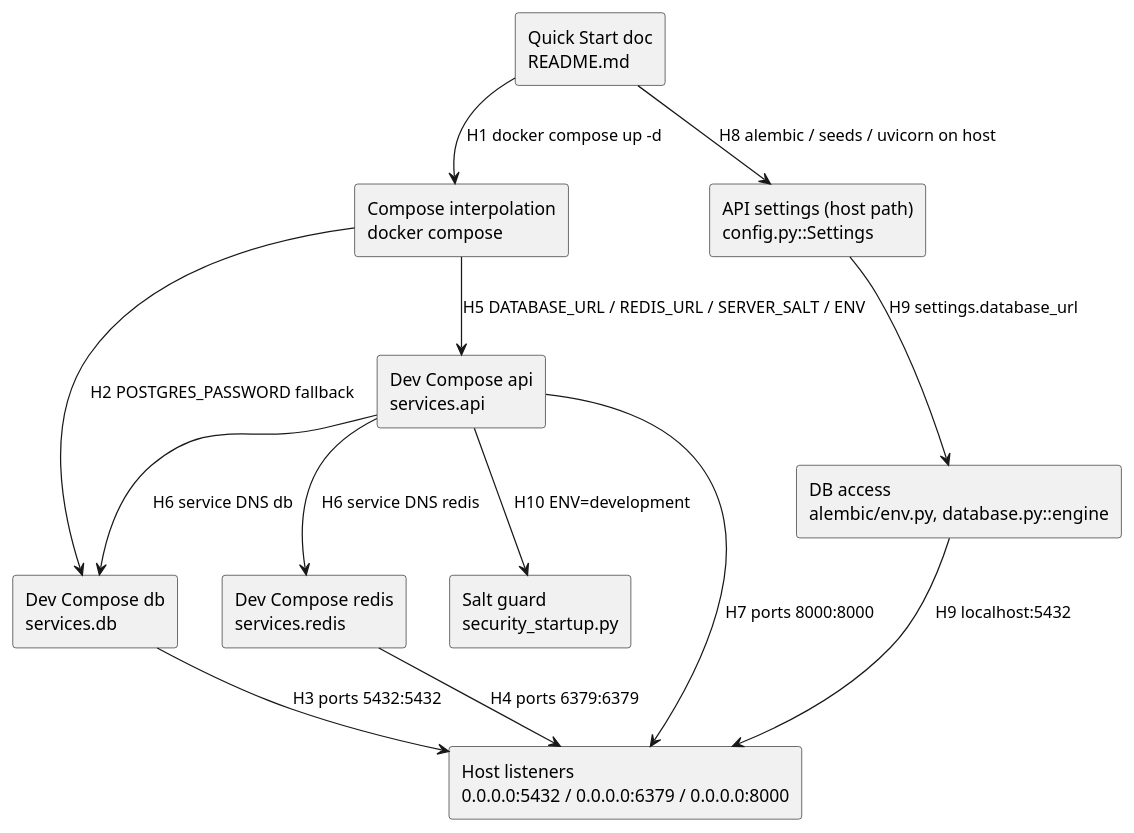
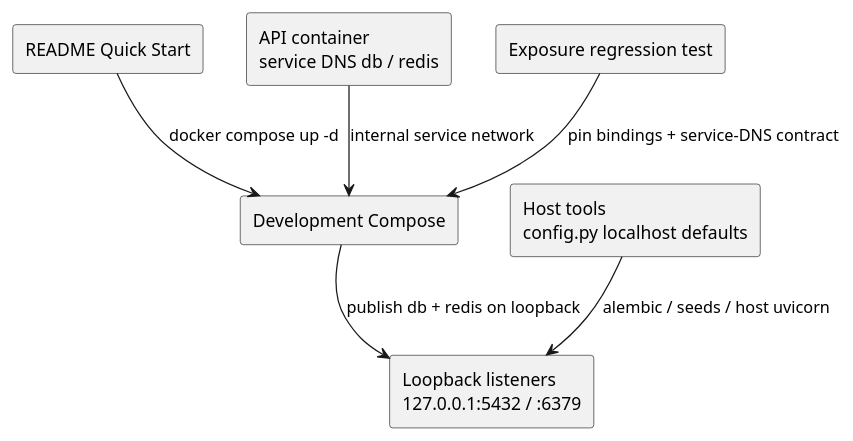
Before and after one commit to NeaBouli/pnyx: the fourth of 4 diagrams in docs/architecture/map.puml, drawn with PlantUML. The commit also changed other lines of this file and 16 other files, not shown here.

```diff
--- a/docs/architecture/map.puml
+++ b/docs/architecture/map.puml
@@ -26,26 +80,15 @@
 @startuml
-' Component diagram — arrows only for hops on the trace
 skinparam componentStyle rectangle
-component "Quick Start doc\nREADME.md" as README
-component "Compose interpolation\ndocker compose" as INTERP
-component "Dev Compose db\nservices.db" as DB
-component "Dev Compose redis\nservices.redis" as REDIS
-component "Dev Compose api\nservices.api" as API
-component "API settings (host path)\nconfig.py::Settings" as SETTINGS
-component "DB access\nalembic/env.py, database.py::engine" as DBACCESS
-component "Salt guard\nsecurity_startup.py" as GUARD
-component "Host listeners\n0.0.0.0:5432 / 0.0.0.0:6379 / 0.0.0.0:8000" as HOST
+component "README Quick Start" as ER
+component "Development Compose" as EC
+component "Loopback listeners\n127.0.0.1:5432 / :6379" as EL
+component "Host tools\nconfig.py localhost defaults" as EH
+component "API container\nservice DNS db / redis" as EA
+component "Exposure regression test" as ET
 
-README --> INTERP : H1 docker compose up -d
-INTERP --> DB : H2 POSTGRES_PASSWORD fallback
-INTERP --> API : H5 DATABASE_URL / REDIS_URL / SERVER_SALT / ENV
-DB --> HOST : H3 ports 5432:5432
-REDIS --> HOST : H4 ports 6379:6379
-API --> HOST : H7 ports 8000:8000
-API --> DB : H6 service DNS db
-API --> REDIS : H6 service DNS redis
-README --> SETTINGS : H8 alembic / seeds / uvicorn on host
-SETTINGS --> DBACCESS : H9 settings.database_url
-DBACCESS --> HOST : H9 localhost:5432
-API --> GUARD : H10 ENV=development
+ER --> EC : docker compose up -d
+EC --> EL : publish db + redis on loopback
+EH --> EL : alembic / seeds / host uvicorn
+EA --> EC : internal service network
+ET --> EC : pin bindings + service-DNS contract
 @enduml
```
